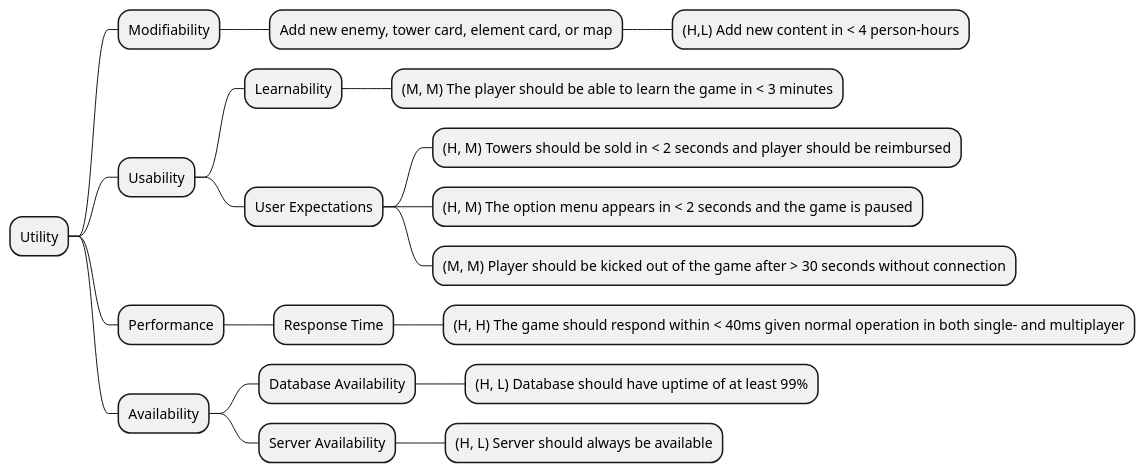
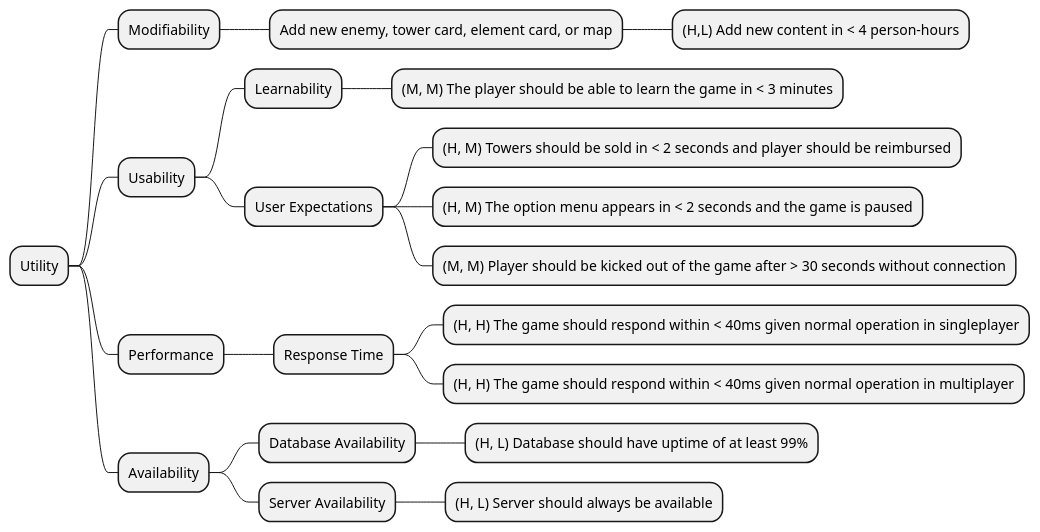
The diagram in docs/diagrams/utility-tree.puml (SverreNystad/besieged), drawn with PlantUML before and after one commit.

Commit message:
change quality reqiurement on performance in utility-tree

```diff
--- a/docs/diagrams/utility-tree.puml
+++ b/docs/diagrams/utility-tree.puml
@@ -1,21 +1,23 @@
 @startmindmap "Utility Tree"
 * Utility
 ** Modifiability
 *** Add new enemy, tower card, element card, or map
 **** (H,L) Add new content in < 4 person-hours
 ** Usability
 *** Learnability
 **** (M, M) The player should be able to learn the game in < 3 minutes
 *** User Expectations
 **** (H, M) Towers should be sold in < 2 seconds and player should be reimbursed
 **** (H, M) The option menu appears in < 2 seconds and the game is paused
 **** (M, M) Player should be kicked out of the game after > 30 seconds without connection
 ** Performance
 *** Response Time
-**** (H, H) The game should respond within < 40ms given normal operation in both single- and multiplayer
+**** (H, H) The game should respond within < 40ms given normal operation in singleplayer
+**** (H, H) The game should respond within < 40ms given normal operation in multiplayer
+
 ** Availability
 *** Database Availability
 **** (H, L) Database should have uptime of at least 99%
 *** Server Availability
 **** (H, L) Server should always be available
 @endmindmap
```
